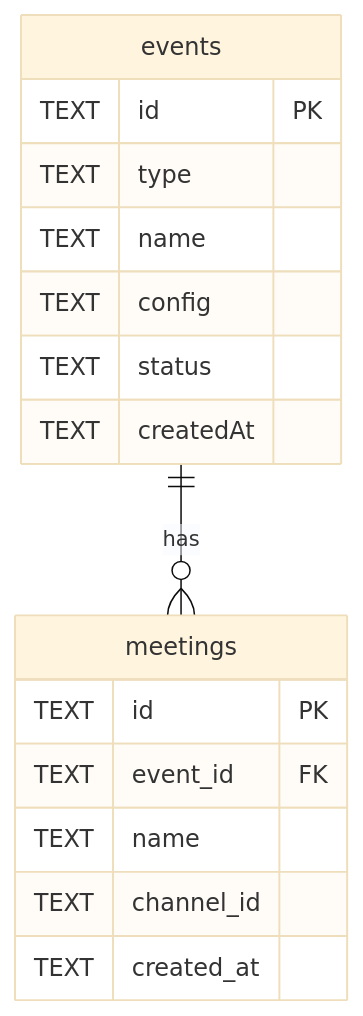
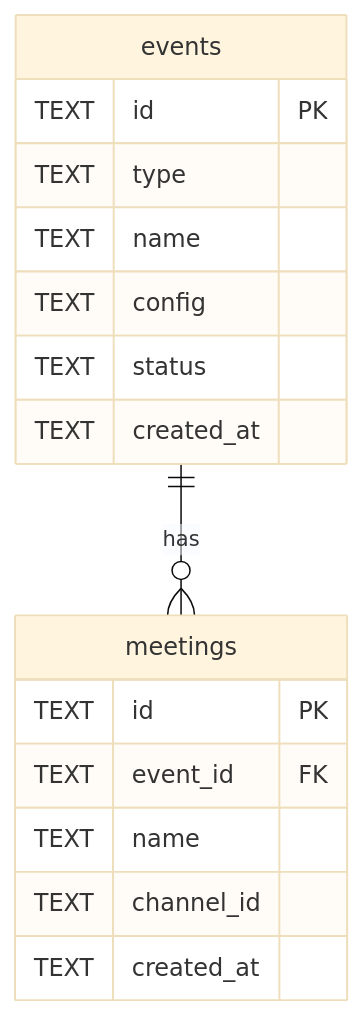
Before and after one commit to ko-tarou/leaders-meetup-bot: the diagram in docs/adr/0001-event-model.md, drawn with Mermaid (base theme). The commit also changed other lines of this file, not shown here.

First line of the commit message:
ADR-0001: Geminiレビュー対応 - createdAt を snake_case に統一

````diff
--- a/docs/adr/0001-event-model.md
+++ b/docs/adr/0001-event-model.md
@@ -50,19 +50,19 @@
 ```mermaid
 erDiagram
   events ||--o{ meetings : has
   events {
     TEXT id PK
     TEXT type
     TEXT name
     TEXT config
     TEXT status
-    TEXT createdAt
+    TEXT created_at
   }
   meetings {
     TEXT id PK
     TEXT event_id FK
     TEXT name
     TEXT channel_id
     TEXT created_at
   }
 ```
````
